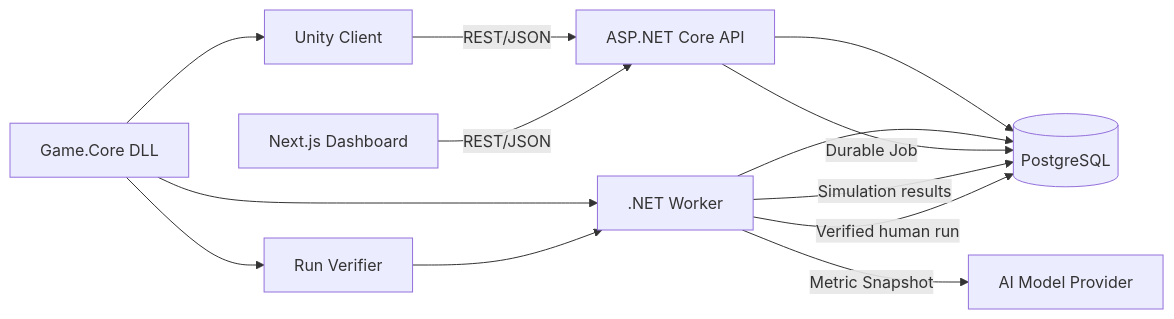
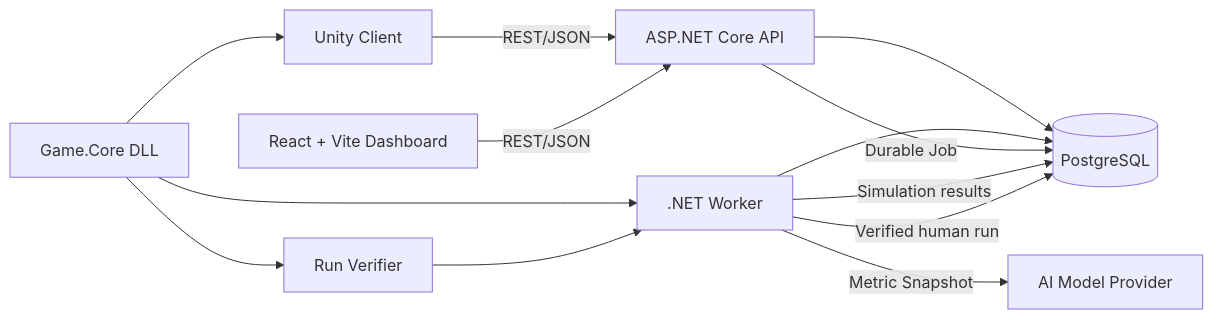
Before and after one commit to cho1124/SimOps: the first of 3 diagrams in docs/04-architecture.md, drawn with Mermaid. The commit also changed other lines of this file and 40 other files, not shown here.

Commit message:
docs: approve SimOps architecture decisions

````diff
--- a/docs/04-architecture.md
+++ b/docs/04-architecture.md
@@ -34,18 +34,18 @@
 ```mermaid
 flowchart LR
     U[Unity Client] -->|REST/JSON| A[ASP.NET Core API]
-    D[Next.js Dashboard] -->|REST/JSON| A
+    D[React + Vite Dashboard] -->|REST/JSON| A
 
     A --> P[(PostgreSQL)]
     W[.NET Worker] --> P
     A -->|Durable Job| P
     W -->|Metric Snapshot| L[AI Model Provider]
 
     G[Game.Core DLL] --> U
     G --> W
     G --> V[Run Verifier]
     V --> W
 
     W -->|Simulation results| P
     W -->|Verified human run| P
 ```
````
